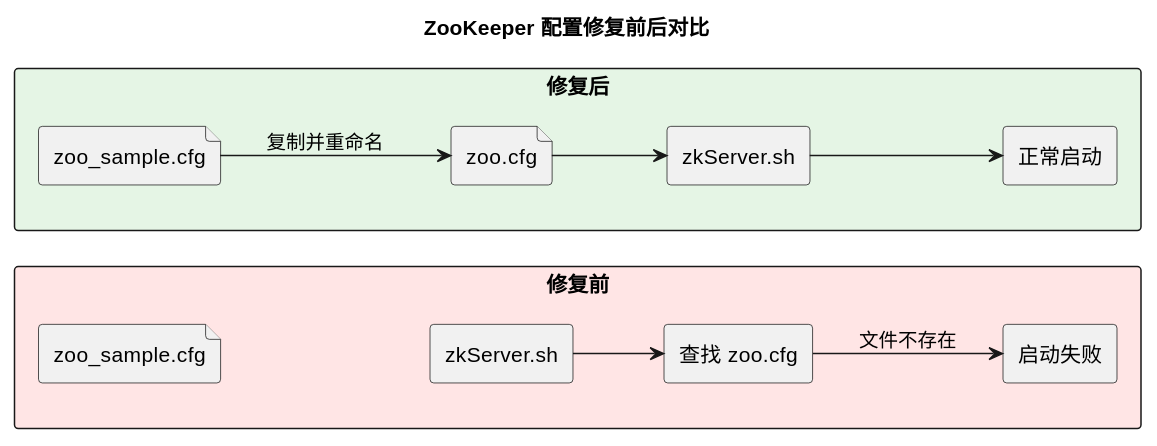
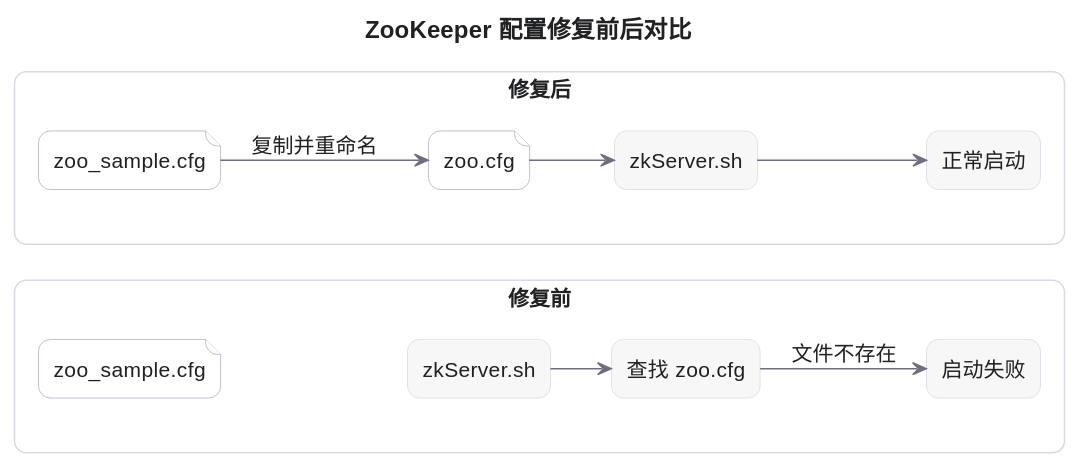
One commit to i-zrhe2016/blog.zrhe2016.cc changed the fifth of 6 diagrams in src/content/posts/kubernetes-crashloopbackoff-no-logs.md. Above: the diagram before and after it, drawn with PlantUML. The commit also changed other lines of this file, not shown here.

````diff
--- a/src/content/posts/kubernetes-crashloopbackoff-no-logs.md
+++ b/src/content/posts/kubernetes-crashloopbackoff-no-logs.md
@@ -201,24 +413,76 @@
 ```plantuml ZooKeeper 配置修复前后对比
 @startuml
+skinparam backgroundColor #FFFFFF
+skinparam shadowing false
+skinparam roundcorner 16
+skinparam defaultFontName "SansSerif"
+skinparam defaultFontSize 14
+skinparam defaultFontColor #202123
+skinparam ArrowColor #6E6E80
+skinparam ArrowThickness 1
+skinparam nodesep 40
+skinparam ranksep 40
+skinparam rectangle {
+  BackgroundColor #F7F7F8
+  BorderColor #D9D9E3
+  FontColor #202123
+}
+skinparam activity {
+  BackgroundColor #F7F7F8
+  BorderColor #D9D9E3
+  FontColor #202123
+  DiamondBackgroundColor #FFFFFF
+  DiamondBorderColor #ACACBE
+  DiamondFontColor #202123
+  StartColor #202123
+  EndColor #202123
+  BarColor #6E6E80
+}
+skinparam sequence {
+  ParticipantBackgroundColor #F7F7F8
+  ParticipantBorderColor #D9D9E3
+  ParticipantFontColor #202123
+  LifeLineBorderColor #ACACBE
+  LifeLineBackgroundColor #FFFFFF
+  ArrowColor #6E6E80
+  ArrowFontColor #202123
+  GroupBackgroundColor #FFFFFF
+  GroupBodyBackgroundColor #FFFFFF
+  GroupBorderColor #D9D9E3
+  GroupFontColor #202123
+}
+skinparam note {
+  BackgroundColor #F7F7F8
+  BorderColor #D9D9E3
+  FontColor #202123
+}
+skinparam file {
+  BackgroundColor #FFFFFF
+  BorderColor #ACACBE
+  FontColor #202123
+}
+skinparam titleFontColor #202123
+skinparam titleFontSize 16
+
 title ZooKeeper 配置修复前后对比
 left to right direction
-rectangle "修复前" #FFE5E5 {
+rectangle "修复前" #FFFFFF {
   file "zoo_sample.cfg" as A
   rectangle "zkServer.sh" as B
   rectangle "查找 zoo.cfg" as C
   rectangle "启动失败" as D
   A -[hidden]-> B
   B --> C
   C --> D : 文件不存在
 }
-rectangle "修复后" #E5F5E5 {
+rectangle "修复后" #FFFFFF {
   file "zoo_sample.cfg" as E
   file "zoo.cfg" as F
   rectangle "zkServer.sh" as G
   rectangle "正常启动" as H
   E --> F : 复制并重命名
   F --> G
   G --> H
 }
 @enduml
 ```
````
